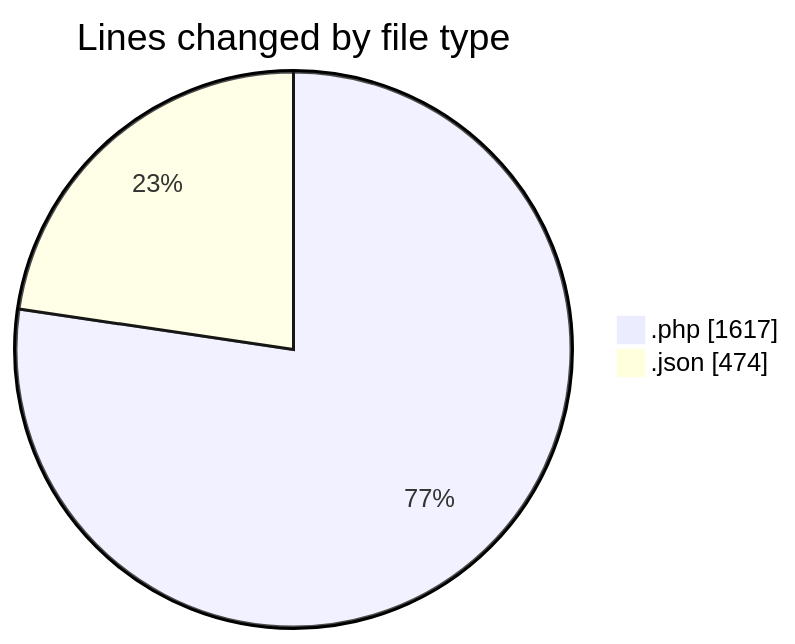
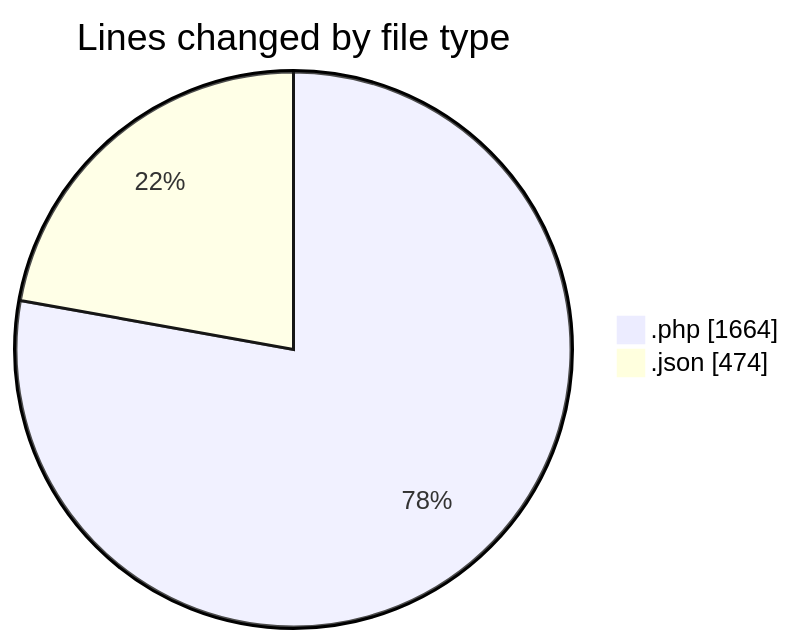
One commit to idhammustaqopulfikri/code-tracking changed the first of 2 diagrams in 2025-06-02/studio-backend/README.md. Above: the diagram before and after it, drawn with Mermaid. The commit also changed other lines of this file and 1 other file, not shown here.

````diff
--- a/2025-06-02/studio-backend/README.md
+++ b/2025-06-02/studio-backend/README.md
@@ -38,6 +39,6 @@
 ```mermaid
 pie showData
 title Lines changed by file type
-".php" : 1617
+".php" : 1664
 ".json" : 474
 ```
````
